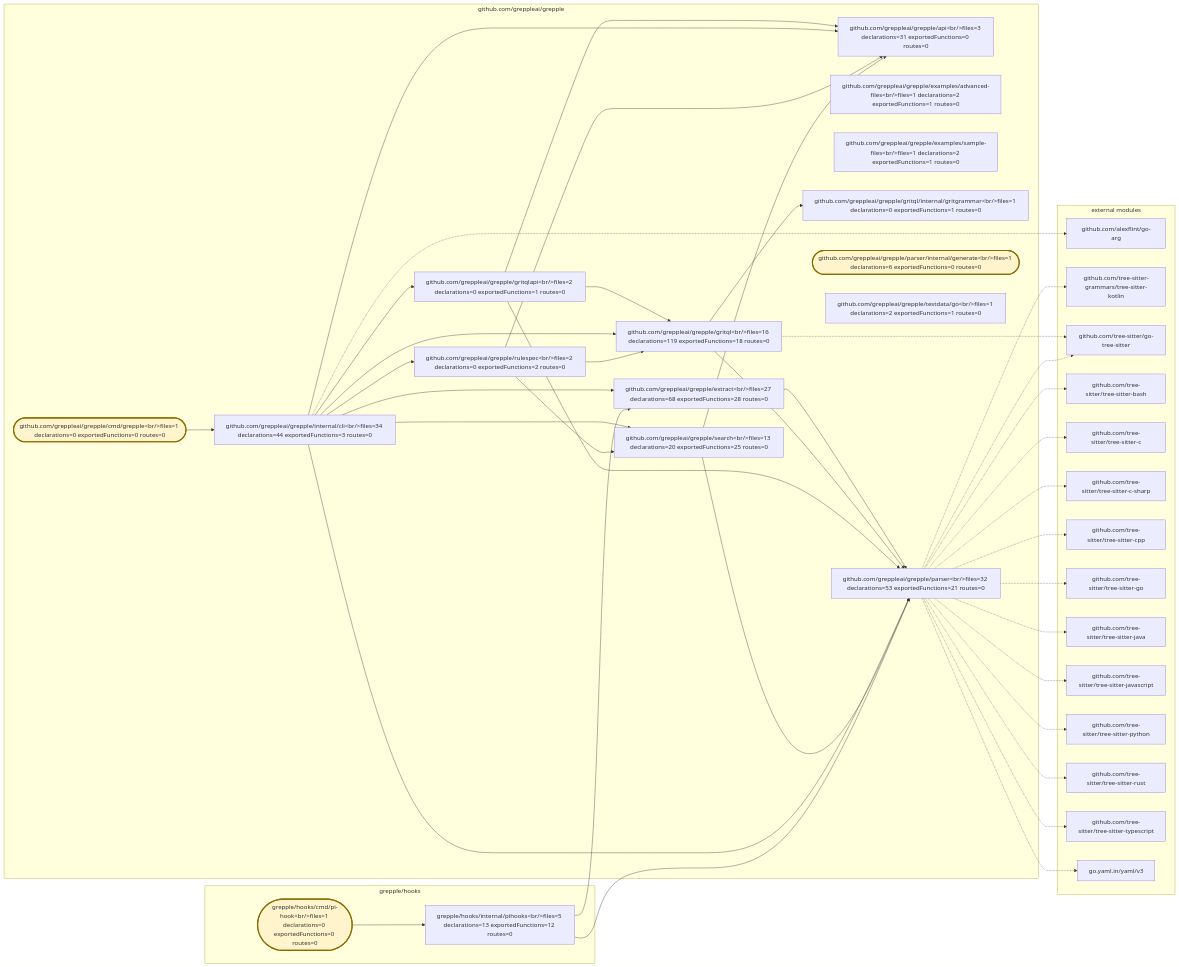
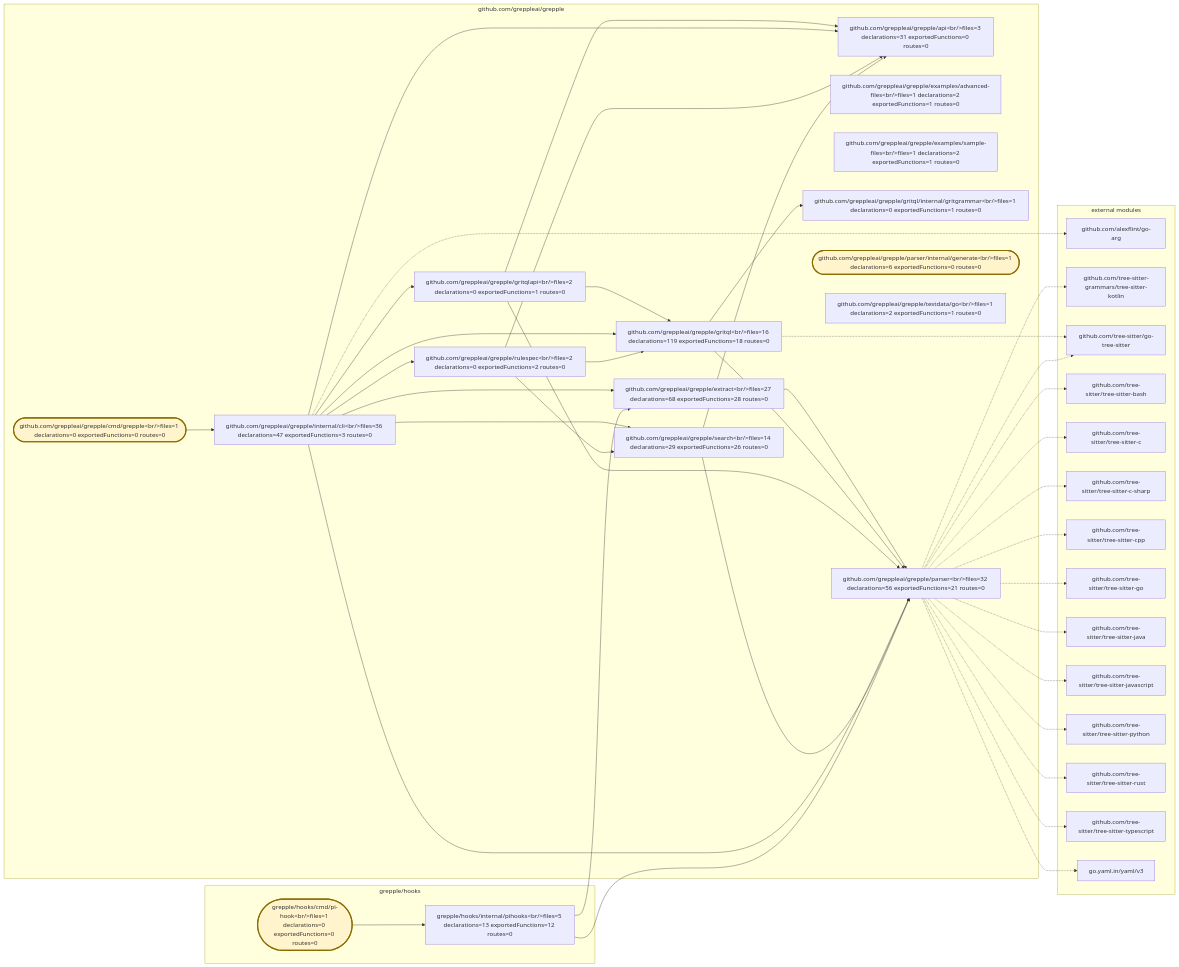
The diagram in .grepple/project.workspace/overview.mmd (greppleai/grepple), drawn with Mermaid before and after one commit. The commit also changed 31 other files, not shown here.

```diff
--- a/.grepple/project.workspace/overview.mmd
+++ b/.grepple/project.workspace/overview.mmd
@@ -1,78 +1,78 @@
 flowchart LR
     classDef entrypoint fill:#fff4cc,stroke:#8a6d00,stroke-width:3px
     subgraph module_0["github.com/greppleai/grepple"]
         package_0["github.com/greppleai/grepple/api&lt;br/&gt;files=3 declarations=31 exportedFunctions=0 routes=0"]
         package_1(["github.com/greppleai/grepple/cmd/grepple&lt;br/&gt;files=1 declarations=0 exportedFunctions=0 routes=0"])
         class package_1 entrypoint
         package_2["github.com/greppleai/grepple/examples/advanced-files&lt;br/&gt;files=1 declarations=2 exportedFunctions=1 routes=0"]
         package_3["github.com/greppleai/grepple/examples/sample-files&lt;br/&gt;files=1 declarations=2 exportedFunctions=1 routes=0"]
         package_4["github.com/greppleai/grepple/extract&lt;br/&gt;files=27 declarations=68 exportedFunctions=28 routes=0"]
         package_5["github.com/greppleai/grepple/gritql&lt;br/&gt;files=16 declarations=119 exportedFunctions=18 routes=0"]
         package_6["github.com/greppleai/grepple/gritql/internal/gritgrammar&lt;br/&gt;files=1 declarations=0 exportedFunctions=1 routes=0"]
         package_7["github.com/greppleai/grepple/gritqlapi&lt;br/&gt;files=2 declarations=0 exportedFunctions=1 routes=0"]
-        package_8["github.com/greppleai/grepple/internal/cli&lt;br/&gt;files=34 declarations=44 exportedFunctions=3 routes=0"]
-        package_9["github.com/greppleai/grepple/parser&lt;br/&gt;files=32 declarations=53 exportedFunctions=21 routes=0"]
+        package_8["github.com/greppleai/grepple/internal/cli&lt;br/&gt;files=36 declarations=47 exportedFunctions=3 routes=0"]
+        package_9["github.com/greppleai/grepple/parser&lt;br/&gt;files=32 declarations=56 exportedFunctions=21 routes=0"]
         package_10(["github.com/greppleai/grepple/parser/internal/generate&lt;br/&gt;files=1 declarations=6 exportedFunctions=0 routes=0"])
         class package_10 entrypoint
         package_11["github.com/greppleai/grepple/rulespec&lt;br/&gt;files=2 declarations=0 exportedFunctions=2 routes=0"]
-        package_12["github.com/greppleai/grepple/search&lt;br/&gt;files=13 declarations=20 exportedFunctions=25 routes=0"]
+        package_12["github.com/greppleai/grepple/search&lt;br/&gt;files=14 declarations=29 exportedFunctions=26 routes=0"]
         package_13["github.com/greppleai/grepple/testdata/go&lt;br/&gt;files=1 declarations=2 exportedFunctions=1 routes=0"]
     end
     subgraph module_1["grepple/hooks"]
         package_14(["grepple/hooks/cmd/pi-hook&lt;br/&gt;files=1 declarations=0 exportedFunctions=0 routes=0"])
         class package_14 entrypoint
         package_15["grepple/hooks/internal/pihooks&lt;br/&gt;files=5 declarations=13 exportedFunctions=12 routes=0"]
     end
     package_1 --> package_8
     package_4 --> package_9
     package_5 --> package_6
     package_5 --> package_9
     package_7 --> package_0
     package_7 --> package_5
     package_7 --> package_9
     package_8 --> package_0
     package_8 --> package_4
     package_8 --> package_5
     package_8 --> package_7
     package_8 --> package_9
     package_8 --> package_11
     package_8 --> package_12
     package_11 --> package_0
     package_11 --> package_5
     package_11 --> package_12
     package_12 --> package_0
     package_12 --> package_9
     package_14 --> package_15
     package_15 --> package_4
     package_15 --> package_9
     subgraph external_dependencies["external modules"]
         external_0["github.com/alexflint/go-arg"]
         external_1["github.com/tree-sitter-grammars/tree-sitter-kotlin"]
         external_2["github.com/tree-sitter/go-tree-sitter"]
         external_3["github.com/tree-sitter/tree-sitter-bash"]
         external_4["github.com/tree-sitter/tree-sitter-c"]
         external_5["github.com/tree-sitter/tree-sitter-c-sharp"]
         external_6["github.com/tree-sitter/tree-sitter-cpp"]
         external_7["github.com/tree-sitter/tree-sitter-go"]
         external_8["github.com/tree-sitter/tree-sitter-java"]
         external_9["github.com/tree-sitter/tree-sitter-javascript"]
         external_10["github.com/tree-sitter/tree-sitter-python"]
         external_11["github.com/tree-sitter/tree-sitter-rust"]
         external_12["github.com/tree-sitter/tree-sitter-typescript"]
         external_13["go.yaml.in/yaml/v3"]
     end
     package_8 -.-> external_0
     package_9 -.-> external_1
     package_5 -.-> external_2
     package_9 -.-> external_2
     package_9 -.-> external_3
     package_9 -.-> external_4
     package_9 -.-> external_5
     package_9 -.-> external_6
     package_9 -.-> external_7
     package_9 -.-> external_8
     package_9 -.-> external_9
     package_9 -.-> external_10
     package_9 -.-> external_11
     package_9 -.-> external_12
     package_9 -.-> external_13
```
